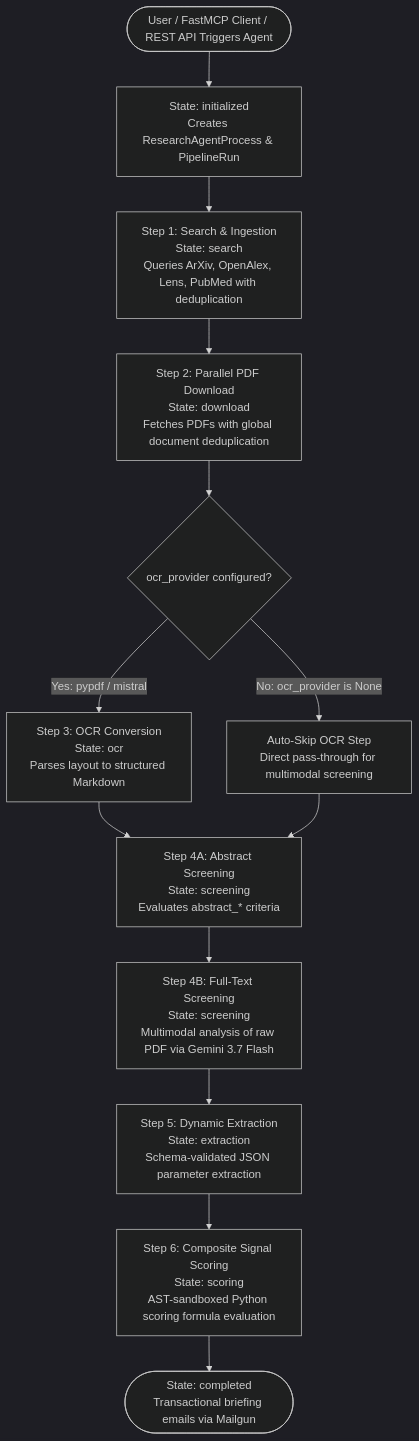
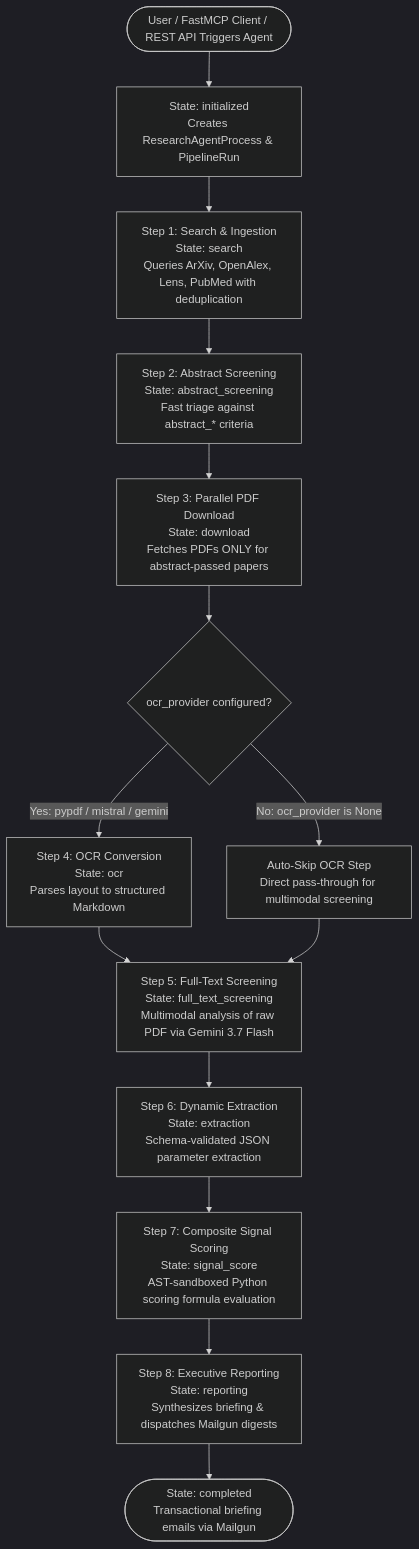
Before and after one commit to p4ku/research-intelligence: the diagram in backend/README.md, drawn with Mermaid (dark theme). The commit also changed other lines of this file and 2 other files, not shown here.

Commit message:
docs: align root and backend READMEs with 8-stage SLR DAG architecture and test metrics

````diff
--- a/backend/README.md
+++ b/backend/README.md
@@ -54,24 +55,26 @@
 ```mermaid
 graph TD
     Start([User / FastMCP Client / REST API Triggers Agent]) --> Initialized[State: initialized<br/>Creates ResearchAgentProcess & PipelineRun]
     
     Initialized --> SearchStep[Step 1: Search & Ingestion<br/>State: search<br/>Queries ArXiv, OpenAlex, Lens, PubMed with deduplication]
     
-    SearchStep --> DownloadStep[Step 2: Parallel PDF Download<br/>State: download<br/>Fetches PDFs with global document deduplication]
+    SearchStep --> AbstractScreening[Step 2: Abstract Screening<br/>State: abstract_screening<br/>Fast triage against abstract_* criteria]
+    
+    AbstractScreening --> DownloadStep[Step 3: Parallel PDF Download<br/>State: download<br/>Fetches PDFs ONLY for abstract-passed papers]
     
     DownloadStep --> OCRCheck{ocr_provider configured?}
     
-    OCRCheck -->|Yes: pypdf / mistral| OCRStep[Step 3: OCR Conversion<br/>State: ocr<br/>Parses layout to structured Markdown]
+    OCRCheck -->|Yes: pypdf / mistral / gemini| OCRStep[Step 4: OCR Conversion<br/>State: ocr<br/>Parses layout to structured Markdown]
     OCRCheck -->|No: ocr_provider is None| SkipOCR[Auto-Skip OCR Step<br/>Direct pass-through for multimodal screening]
     
-    OCRStep --> AbstractScreening[Step 4A: Abstract Screening<br/>State: screening<br/>Evaluates abstract_* criteria]
-    SkipOCR --> AbstractScreening
+    OCRStep --> FullTextScreening[Step 5: Full-Text Screening<br/>State: full_text_screening<br/>Multimodal analysis of raw PDF via Gemini 3.7 Flash]
+    SkipOCR --> FullTextScreening
     
-    AbstractScreening --> FullTextScreening[Step 4B: Full-Text Screening<br/>State: screening<br/>Multimodal analysis of raw PDF via Gemini 3.7 Flash]
+    FullTextScreening --> ExtractionStep[Step 6: Dynamic Extraction<br/>State: extraction<br/>Schema-validated JSON parameter extraction]
     
-    FullTextScreening --> ExtractionStep[Step 5: Dynamic Extraction<br/>State: extraction<br/>Schema-validated JSON parameter extraction]
+    ExtractionStep --> SignalScoreStep[Step 7: Composite Signal Scoring<br/>State: signal_score<br/>AST-sandboxed Python scoring formula evaluation]
     
-    ExtractionStep --> SignalScoreStep[Step 6: Composite Signal Scoring<br/>State: scoring<br/>AST-sandboxed Python scoring formula evaluation]
+    SignalScoreStep --> ReportingStep[Step 8: Executive Reporting<br/>State: reporting<br/>Synthesizes briefing & dispatches Mailgun digests]
     
-    SignalScoreStep --> Completed([State: completed<br/>Transactional briefing emails via Mailgun])
+    ReportingStep --> Completed([State: completed<br/>Transactional briefing emails via Mailgun])
 ```
````
